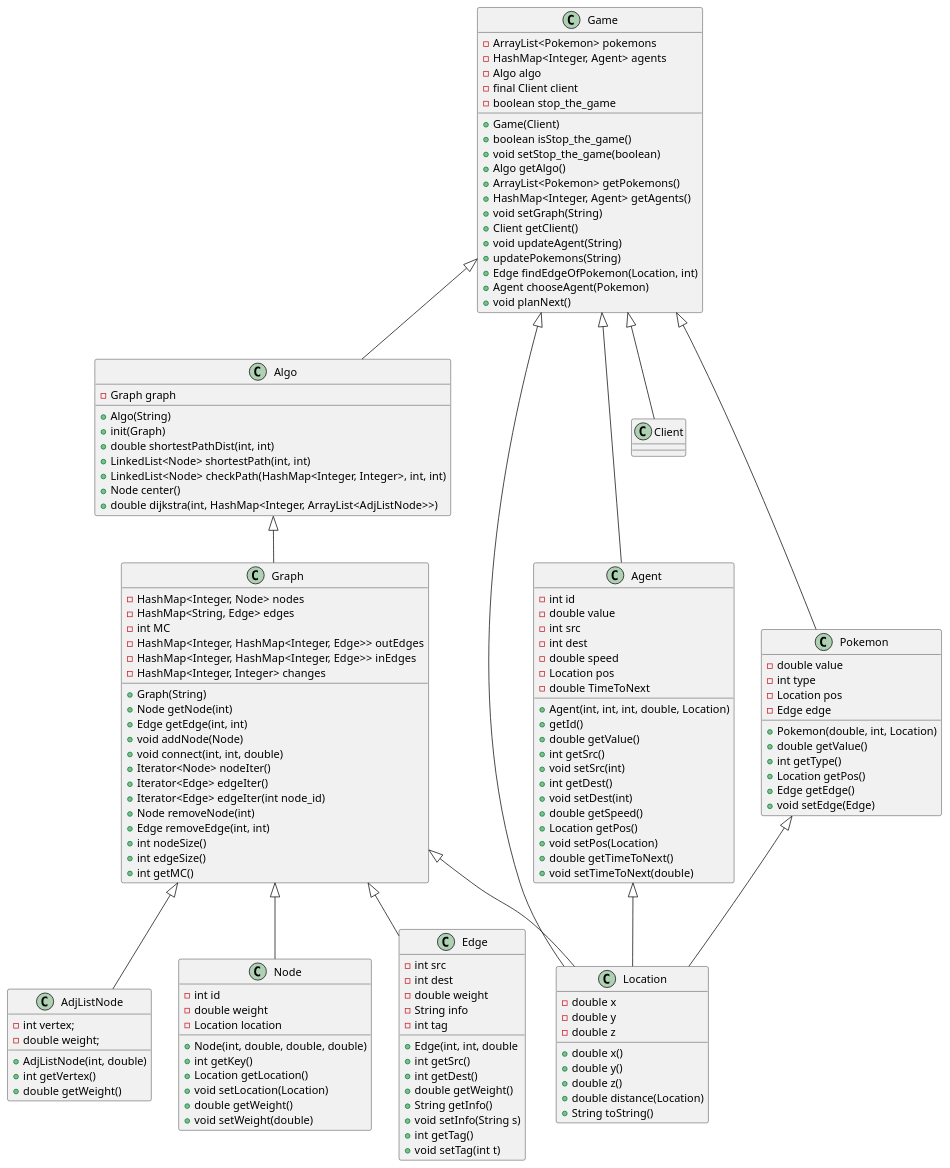
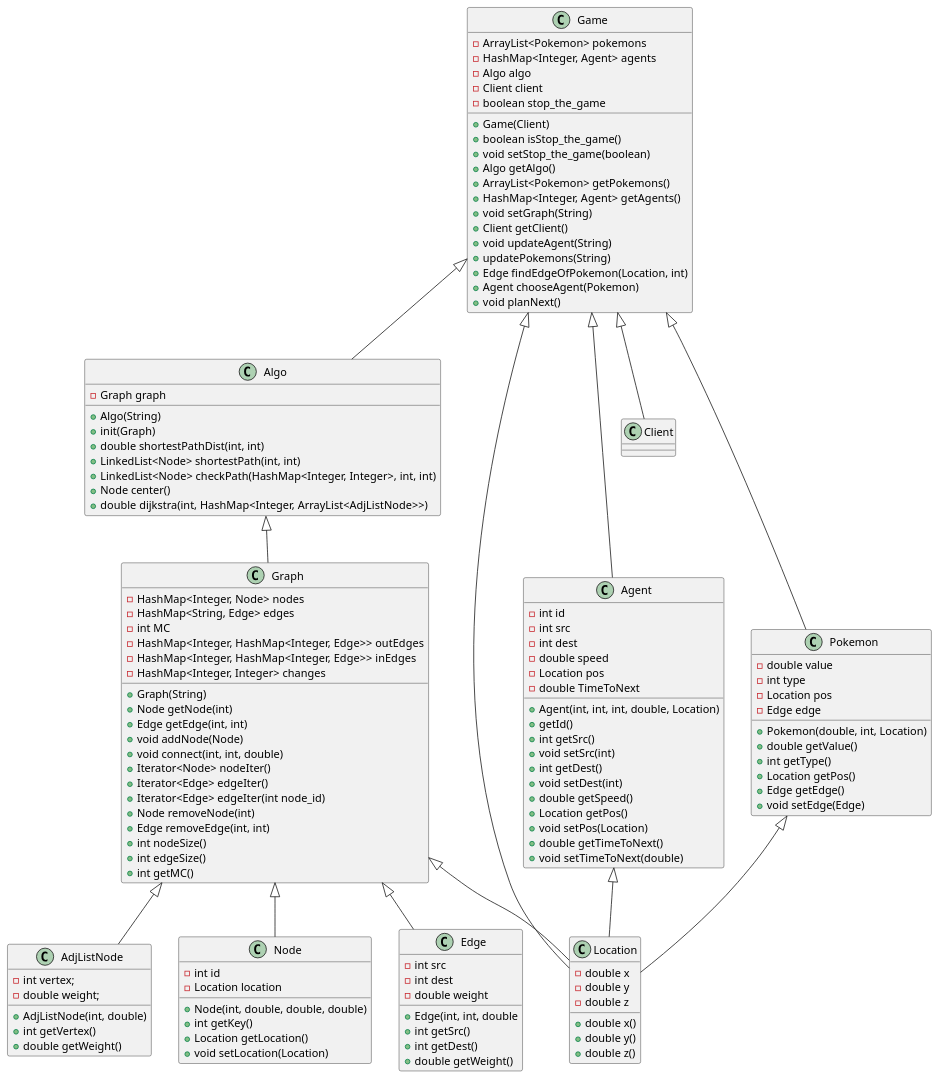
Before and after one commit to omerShahar1/oop_ex4: the diagram in data/UML.puml, drawn with PlantUML. The commit also changed 15 other files, not shown here.

```diff
--- a/data/UML.puml
+++ b/data/UML.puml
@@ -1,177 +1,164 @@
 @startuml
 'https://plantuml.com/class-diagram
 
 
 class Algo
 class AdjListNode
 class Graph
 class Location
 class Node
 class Edge
 class Agent
 class Client
 class Pokemon
 class Game
 
 
 Algo <|-- Graph
 Graph <|-- Edge
 Graph <|-- Node
 Graph <|-- AdjListNode
 Graph <|-- Location
 Game <|-- Pokemon
 Game <|-- Agent
 Game <|-- Client
 Game <|-- Algo
 Game <|-- Location
 Pokemon <|-- Location
 Agent <|-- Location
 
 
 class AdjListNode
 {
     -int vertex;
     -double weight;
     +AdjListNode(int, double)
     +int getVertex()
     +double getWeight()
 }
 
 class Graph
 {
     -HashMap<Integer, Node> nodes
     -HashMap<String, Edge> edges
     -int MC
     -HashMap<Integer, HashMap<Integer, Edge>> outEdges
     -HashMap<Integer, HashMap<Integer, Edge>> inEdges
     -HashMap<Integer, Integer> changes
     +Graph(String)
     +Node getNode(int)
     +Edge getEdge(int, int)
     +void addNode(Node)
     +void connect(int, int, double)
     +Iterator<Node> nodeIter()
     +Iterator<Edge> edgeIter()
     +Iterator<Edge> edgeIter(int node_id)
     +Node removeNode(int)
     +Edge removeEdge(int, int)
     +int nodeSize()
     +int edgeSize()
     +int getMC()
 }
 
 class Algo
 {
     -Graph graph
     +Algo(String)
     +init(Graph)
     +double shortestPathDist(int, int)
     +LinkedList<Node> shortestPath(int, int)
     +LinkedList<Node> checkPath(HashMap<Integer, Integer>, int, int)
     +Node center()
     +double dijkstra(int, HashMap<Integer, ArrayList<AdjListNode>>)
 }
 
 class Edge
 {
     -int src
     -int dest
     -double weight
-    -String info
-    -int tag
     +Edge(int, int, double
     +int getSrc()
     +int getDest()
     +double getWeight()
-    +String getInfo()
-    +void setInfo(String s)
-    +int getTag()
-    +void setTag(int t)
 }
 
 class Node
 {
     -int id
-    -double weight
     -Location location
     +Node(int, double, double, double)
     +int getKey()
     +Location getLocation()
     +void setLocation(Location)
-    +double getWeight()
-    +void setWeight(double)
 }
 
 class Location
 {
     -double x
     -double y
     -double z
     +double x()
     +double y()
     +double z()
-    +double distance(Location)
-    +String toString()
 }
 
 class Agent
 {
     -int id
-    -double value
     -int src
     -int dest
     -double speed
     -Location pos
     -double TimeToNext
     +Agent(int, int, int, double, Location)
     +getId()
-    +double getValue()
     +int getSrc()
     +void setSrc(int)
     +int getDest()
     +void setDest(int)
     +double getSpeed()
     +Location getPos()
     +void setPos(Location)
     +double getTimeToNext()
     +void setTimeToNext(double)
 }
 
 
 class Pokemon
 {
     -double value
     -int type
     -Location pos
     -Edge edge
     +Pokemon(double, int, Location)
     +double getValue()
     +int getType()
     +Location getPos()
     +Edge getEdge()
     +void setEdge(Edge)
 }
 
 class Game
 {
     -ArrayList<Pokemon> pokemons
     -HashMap<Integer, Agent> agents
     -Algo algo
-    -final Client client
+    -Client client
     -boolean stop_the_game
     +Game(Client)
     +boolean isStop_the_game()
     +void setStop_the_game(boolean)
     +Algo getAlgo()
     +ArrayList<Pokemon> getPokemons()
     +HashMap<Integer, Agent> getAgents()
     +void setGraph(String)
     +Client getClient()
     +void updateAgent(String)
     +updatePokemons(String)
     +Edge findEdgeOfPokemon(Location, int)
     +Agent chooseAgent(Pokemon)
     +void planNext()
 }
 
 @enduml
```
